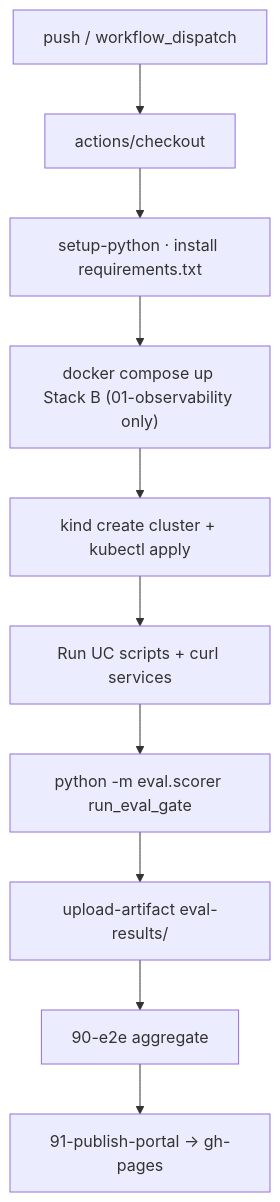
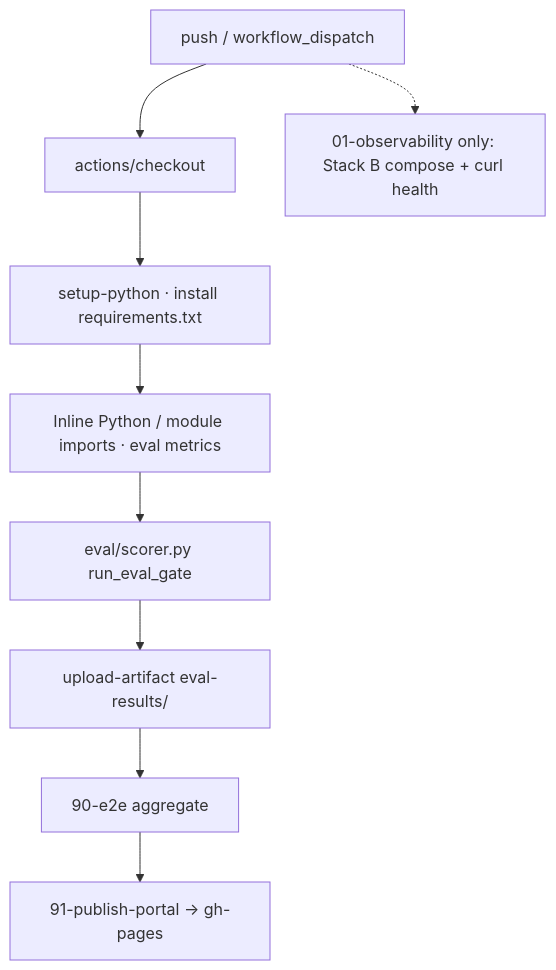
Before and after one commit to sanjeev0120test/observable-mlops-platform: the fourth of 55 diagrams in README.md, drawn with Mermaid. The commit also changed other lines of this file, not shown here.

First line of the commit message:
README pass 2: fix Kind/compose claims in walkthroughs and tool refs

````diff
--- a/README.md
+++ b/README.md
@@ -649,15 +649,15 @@
 ```mermaid
 flowchart TD
     TRIG["push / workflow_dispatch"]
     CHECKOUT["actions/checkout"]
     SETUP["setup-python · install requirements.txt"]
-    COMPOSE["docker compose up Stack B (01-observability only)"]
-    KIND["kind create cluster + kubectl apply"]
-    RUN["Run UC scripts + curl services"]
-    EVAL["python -m eval.scorer run_eval_gate"]
+    RUN["Inline Python / module imports · eval metrics"]
+    EVAL["eval/scorer.py run_eval_gate"]
     ART["upload-artifact eval-results/"]
     E2E["90-e2e aggregate"]
     PAGE["91-publish-portal → gh-pages"]
+    OBS["01-observability only: Stack B compose + curl health"]
 
-    TRIG --> CHECKOUT --> SETUP --> COMPOSE --> KIND --> RUN --> EVAL --> ART --> E2E --> PAGE
+    TRIG --> CHECKOUT --> SETUP --> RUN --> EVAL --> ART --> E2E --> PAGE
+    TRIG -.-> OBS
 ```
````
